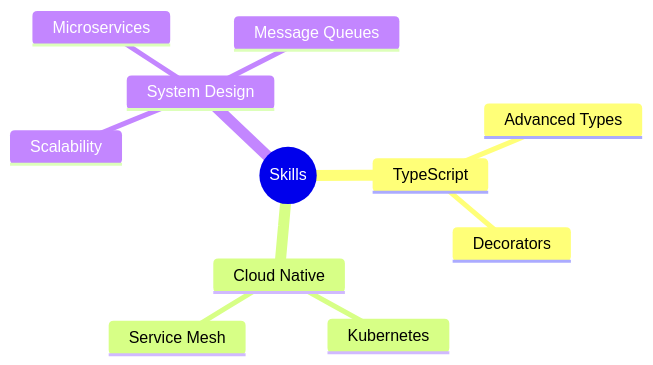
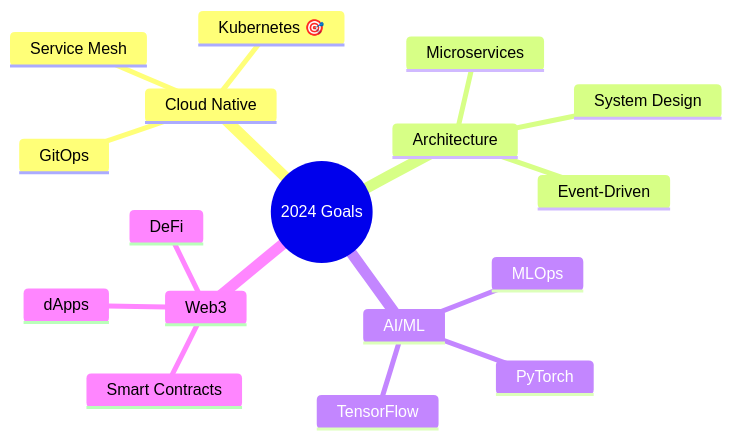
Before and after one commit to Arju-aju/Arju-aju: the diagram in README.md, drawn with Mermaid. The commit also changed other lines of this file, not shown here.

````diff
--- a/README.md
+++ b/README.md
@@ -94,14 +124,20 @@
 ```mermaid
 mindmap
-  root((Skills))
-    TypeScript
-      Advanced Types
-      Decorators
+  root((2024 Goals))
     Cloud Native
-      Kubernetes
+      Kubernetes 🎯
       Service Mesh
-    System Design
-      Scalability
+      GitOps
+    Architecture
+      System Design
+      Event-Driven
       Microservices
-      Message Queues
+    AI/ML
+      TensorFlow
+      PyTorch
+      MLOps
+    Web3
+      Smart Contracts
+      DeFi
+      dApps
 ```
````
